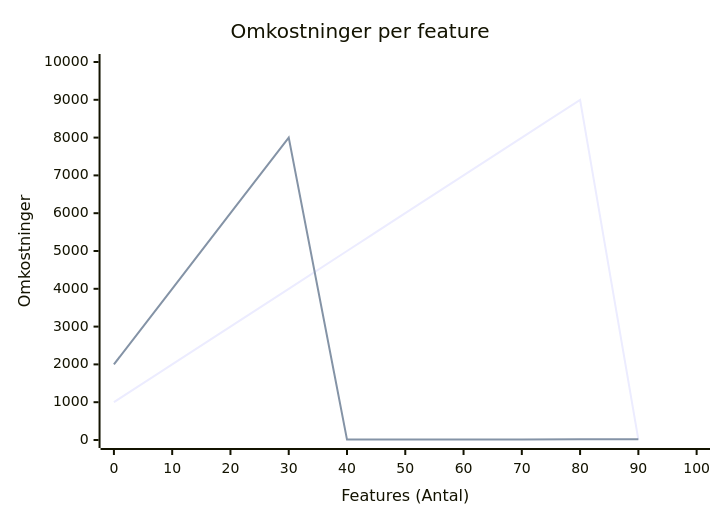
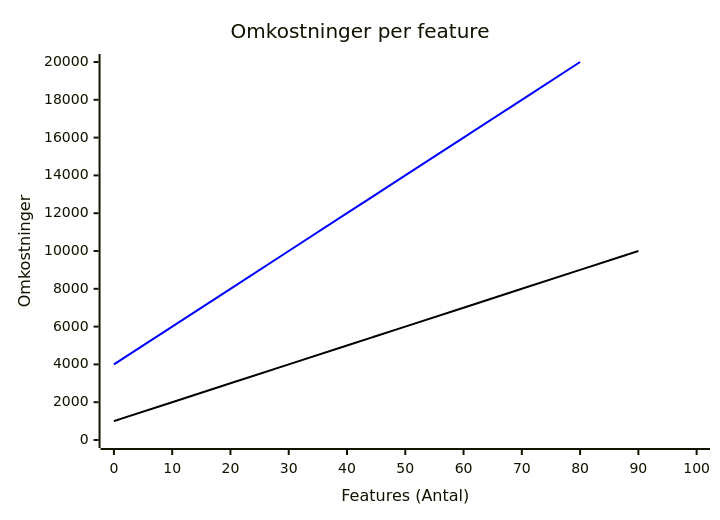
One commit to dadaPipes/dadapipes.github.io changed the fifth of 5 diagrams in docs/Arkitektur.md. Above: the diagram before and after it, drawn with Mermaid. The commit also changed other lines of this file and 26 other files, not shown here.

Commit message:
Change UML

````diff
--- a/docs/Arkitektur.md
+++ b/docs/Arkitektur.md
@@ -415,8 +352,15 @@
 ```mermaid
+---
+config:
+    themeVariables:
+        xyChart:
+            plotColorPalette: "#000000, #0000FF"
+---
+        %% plotColorPalette: "black, blue"
 xychart-beta
   title "Omkostninger per feature"
   x-axis "Features (Antal)" [0, 10, 20, 30, 40, 50, 60,70, 80, 90, 100]
-  y-axis "Omkostninger" 0 --> 10000
-  line [1000, 2000, 3000, 4000, 5000, 6000, 7000, 8000, 9000, 10.000]
-  line [2000, 4000, 6000, 8000, 10.000, 12.000, 14.000, 16.000, 18.000, 20.000]
+  y-axis "Omkostninger" 0 --> 20000
+  line [1000, 2000, 3000, 4000, 5000, 6000, 7000, 8000, 9000, 10000]
+  line [4000, 6000, 8000, 10000, 12000, 14000, 16000, 18000, 20000]
 ```
````
